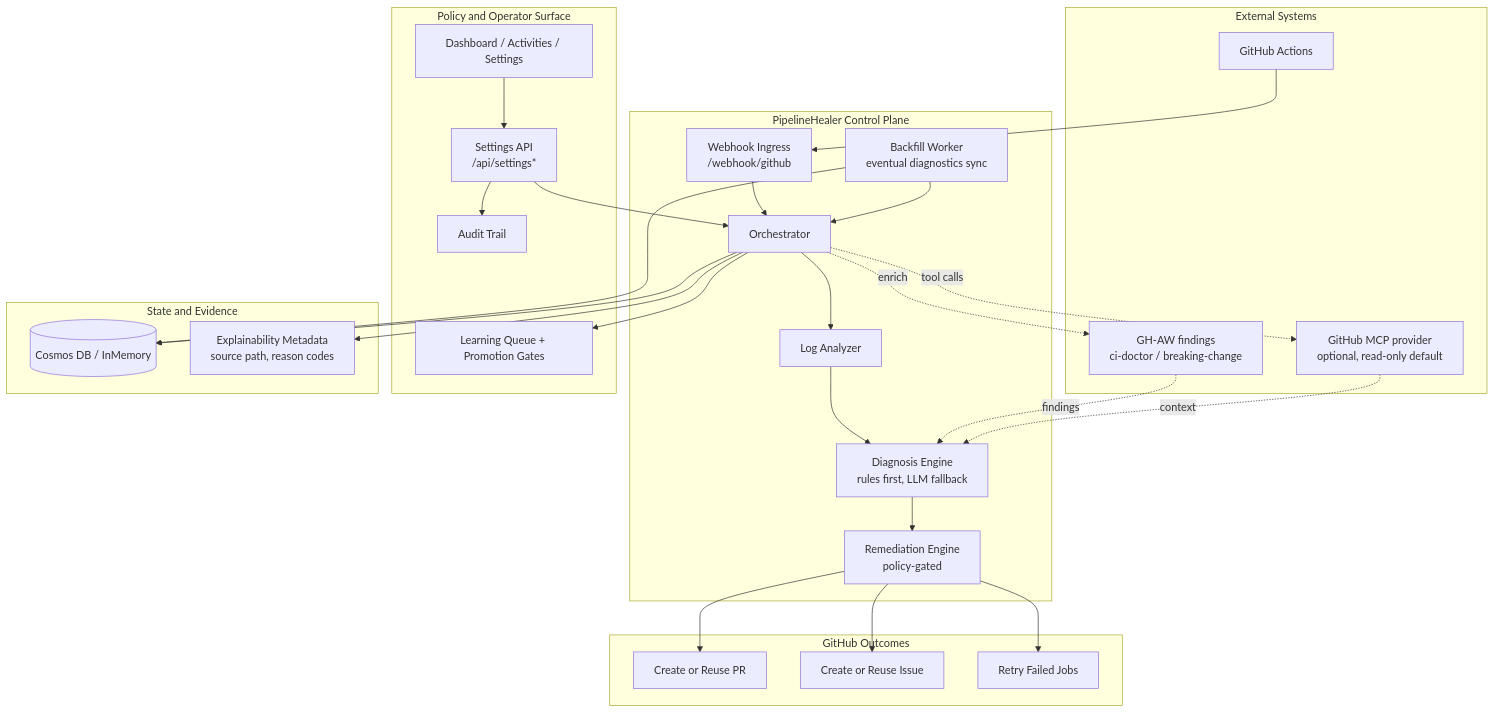
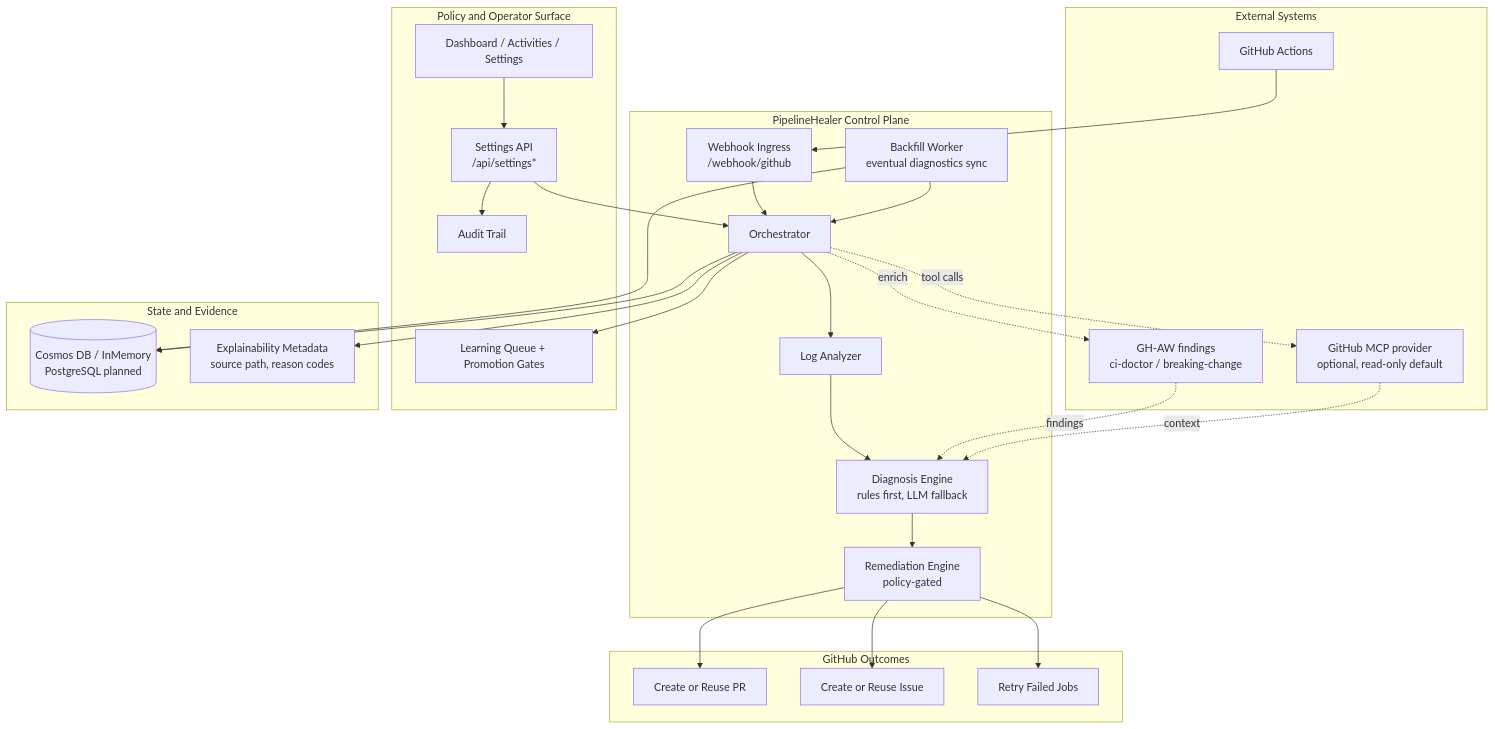
Before and after one commit to Canepro/pipelinehealer: the first of 2 diagrams in README.md, drawn with Mermaid. The commit also changed other lines of this file and 3 other files, not shown here.

````diff
--- a/README.md
+++ b/README.md
@@ -171,54 +180,54 @@
 ```mermaid
 flowchart TB
   subgraph EXT["External Systems"]
     GH["GitHub Actions"]
     GHAW["GH-AW findings<br/>ci-doctor / breaking-change"]
     MCP["GitHub MCP provider<br/>optional, read-only default"]
   end
 
   subgraph CTRL["PipelineHealer Control Plane"]
     WH["Webhook Ingress<br/>/webhook/github"]
     ORCH["Orchestrator"]
     ANA["Log Analyzer"]
     DIA["Diagnosis Engine<br/>rules first, LLM fallback"]
     REM["Remediation Engine<br/>policy-gated"]
     BF["Backfill Worker<br/>eventual diagnostics sync"]
   end
 
   subgraph GOV["Policy and Operator Surface"]
     UI["Dashboard / Activities / Settings"]
     API["Settings API<br/>/api/settings*"]
     AUD["Audit Trail"]
     LRN["Learning Queue + Promotion Gates"]
   end
 
   subgraph DATA["State and Evidence"]
-    DB[("Cosmos DB / InMemory")]
+    DB[("Cosmos DB / InMemory<br/>PostgreSQL planned")]
     EXP["Explainability Metadata<br/>source path, reason codes"]
   end
 
   subgraph OUT["GitHub Outcomes"]
     PR["Create or Reuse PR"]
     IS["Create or Reuse Issue"]
     RR["Retry Failed Jobs"]
   end
 
   GH --> WH --> ORCH
   ORCH --> ANA --> DIA --> REM
   REM --> PR
   REM --> IS
   REM --> RR
 
   ORCH -. enrich .-> GHAW
   GHAW -. findings .-> DIA
   ORCH -. tool calls .-> MCP
   MCP -. context .-> DIA
 
   UI --> API --> ORCH
   API --> AUD
   ORCH --> LRN
   BF --> ORCH
   BF --> DB
   ORCH --> DB
   ORCH --> EXP
 ```
````
